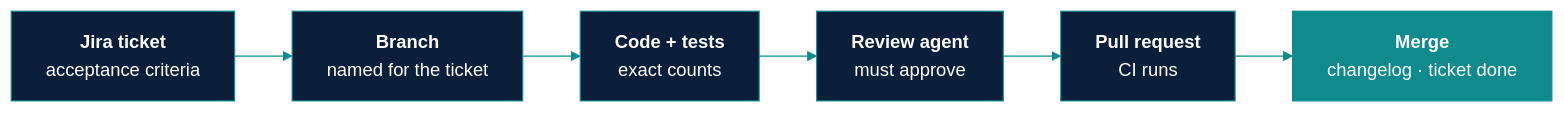
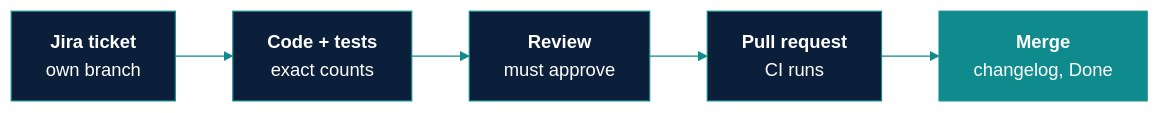
One commit to niaga-labs/.github changed the third of 3 diagrams in profile/README.md. Above: the diagram before and after it, drawn with Mermaid. The commit also changed other lines of this file, not shown here.

First line of the commit message:
docs(profile): HQ-123 the company map reads left to right with titled groups; the work flow is five steps

````diff
--- a/profile/README.md
+++ b/profile/README.md
@@ -150,12 +152,11 @@
 ```mermaid
 %%{init: {"theme": "base", "themeVariables": {"primaryColor": "#0B1F3A", "primaryTextColor": "#FFFFFF", "nodeTextColor": "#FFFFFF", "primaryBorderColor": "#0F8B8D", "lineColor": "#0F8B8D"}}}%%
 flowchart LR
-    T["<b>Jira ticket</b><br/>acceptance criteria"] --> B["<b>Branch</b><br/>named for the ticket"]
-    B --> C["<b>Code + tests</b><br/>exact counts"]
-    C --> R["<b>Review agent</b><br/>must approve"]
+    T["<b>Jira ticket</b><br/>own branch"] --> C["<b>Code + tests</b><br/>exact counts"]
+    C --> R["<b>Review</b><br/>must approve"]
     R --> P["<b>Pull request</b><br/>CI runs"]
-    P --> M["<b>Merge</b><br/>changelog · ticket done"]
+    P --> M["<b>Merge</b><br/>changelog, Done"]
 
     classDef done fill:#0F8B8D,stroke:#0F8B8D,color:#FFFFFF
     class M done
 ```
````
